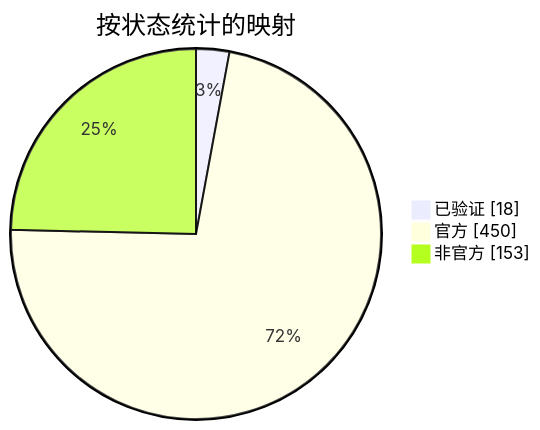
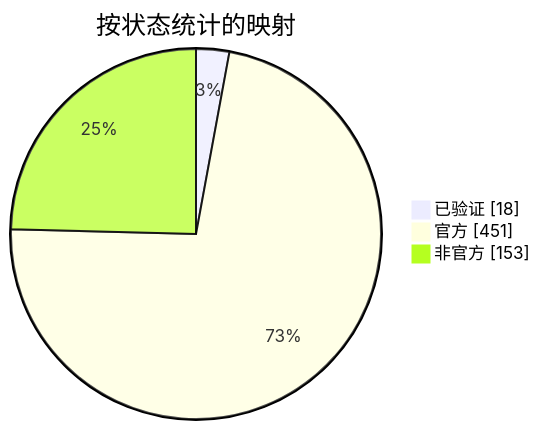
Before and after one commit to nobrega8/mbmap-library: the diagram in docs/readme/README_ZHS.md, drawn with Mermaid. The commit also changed 6 other files, not shown here.

````diff
--- a/docs/readme/README_ZHS.md
+++ b/docs/readme/README_ZHS.md
@@ -54,7 +54,7 @@
 ```mermaid
 pie showData
     title 按状态统计的映射
     "已验证" : 18
-    "官方" : 450
+    "官方" : 451
     "非官方" : 153
 ```
````
